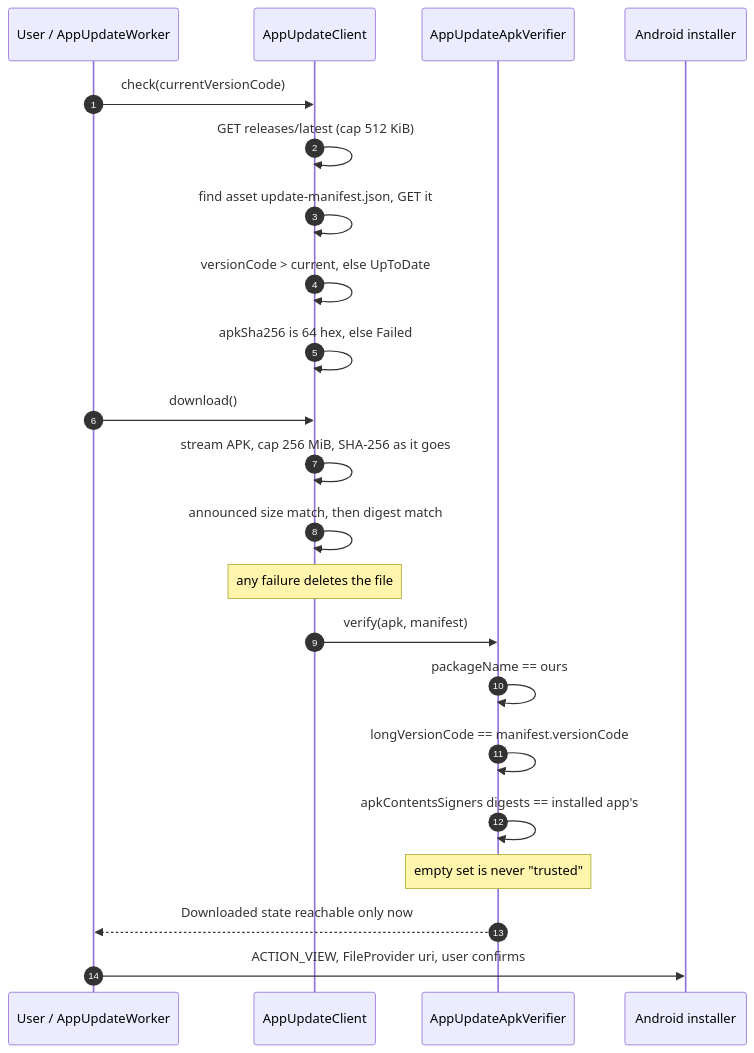
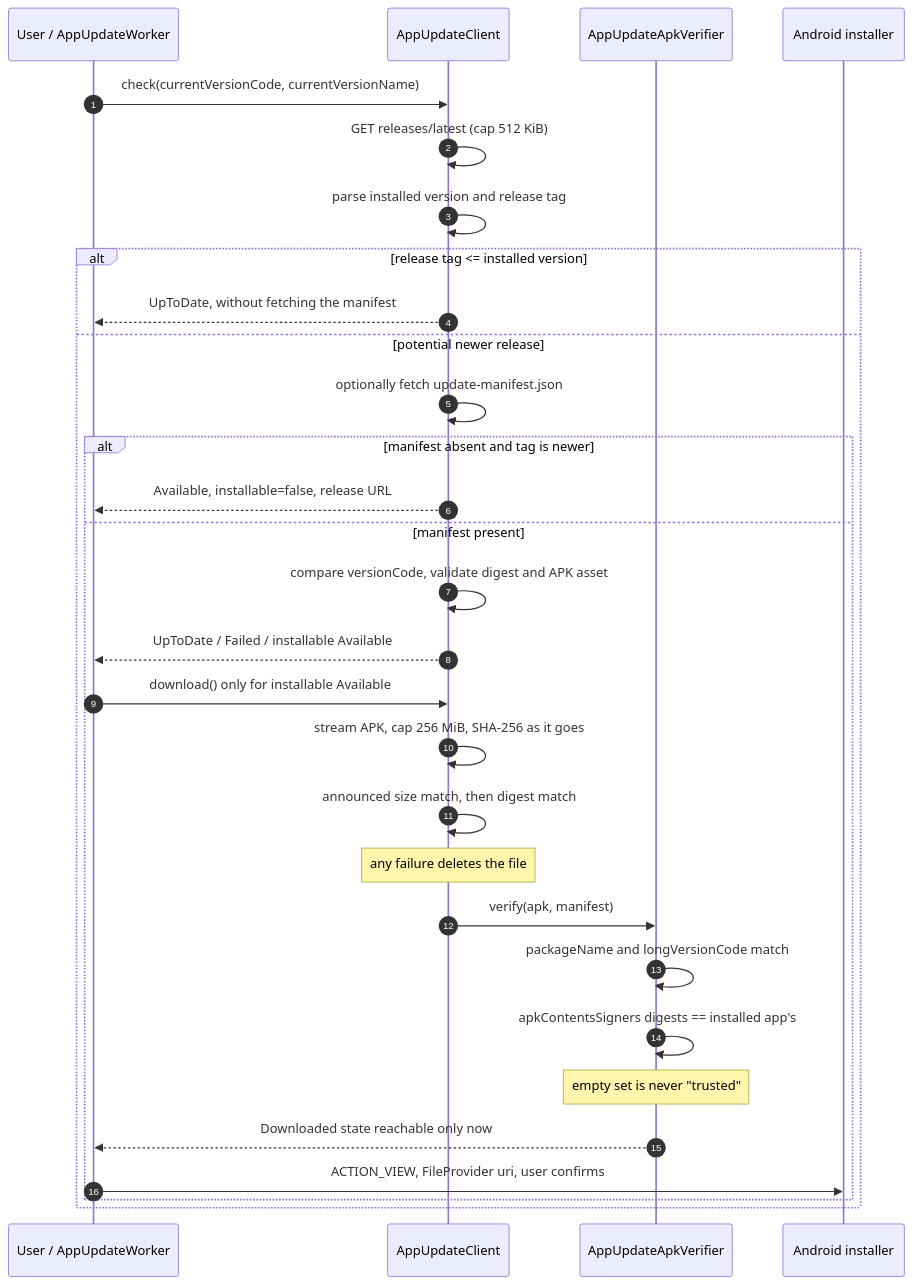
The sixth of 6 diagrams in docs/architecture/03-updates-and-data-delivery.md (foxhole-team/foxhole-core), drawn with Mermaid before and after one commit. The commit also changed other lines of this file and 72 other files, not shown here.

````diff
--- a/docs/architecture/03-updates-and-data-delivery.md
+++ b/docs/architecture/03-updates-and-data-delivery.md
@@ -237,25 +251,33 @@
 ```mermaid
 sequenceDiagram
     autonumber
     participant U as User / AppUpdateWorker
     participant C as AppUpdateClient
     participant V as AppUpdateApkVerifier
     participant P as Android installer
 
-    U->>C: check(currentVersionCode)
+    U->>C: check(currentVersionCode, currentVersionName)
     C->>C: GET releases/latest (cap 512 KiB)
-    C->>C: find asset update-manifest.json, GET it
-    C->>C: versionCode > current, else UpToDate
-    C->>C: apkSha256 is 64 hex, else Failed
-    U->>C: download()
-    C->>C: stream APK, cap 256 MiB, SHA-256 as it goes
-    C->>C: announced size match, then digest match
-    Note over C: any failure deletes the file
-    C->>V: verify(apk, manifest)
-    V->>V: packageName == ours
-    V->>V: longVersionCode == manifest.versionCode
-    V->>V: apkContentsSigners digests == installed app's
-    Note over V: empty set is never "trusted"
-    V-->>U: Downloaded state reachable only now
-    U->>P: ACTION_VIEW, FileProvider uri, user confirms
+    C->>C: parse installed version and release tag
+    alt release tag <= installed version
+        C-->>U: UpToDate, without fetching the manifest
+    else potential newer release
+        C->>C: optionally fetch update-manifest.json
+        alt manifest absent and tag is newer
+            C-->>U: Available, installable=false, release URL
+        else manifest present
+            C->>C: compare versionCode, validate digest and APK asset
+            C-->>U: UpToDate / Failed / installable Available
+            U->>C: download() only for installable Available
+            C->>C: stream APK, cap 256 MiB, SHA-256 as it goes
+            C->>C: announced size match, then digest match
+            Note over C: any failure deletes the file
+            C->>V: verify(apk, manifest)
+            V->>V: packageName and longVersionCode match
+            V->>V: apkContentsSigners digests == installed app's
+            Note over V: empty set is never "trusted"
+            V-->>U: Downloaded state reachable only now
+            U->>P: ACTION_VIEW, FileProvider uri, user confirms
+        end
+    end
 ```
````
